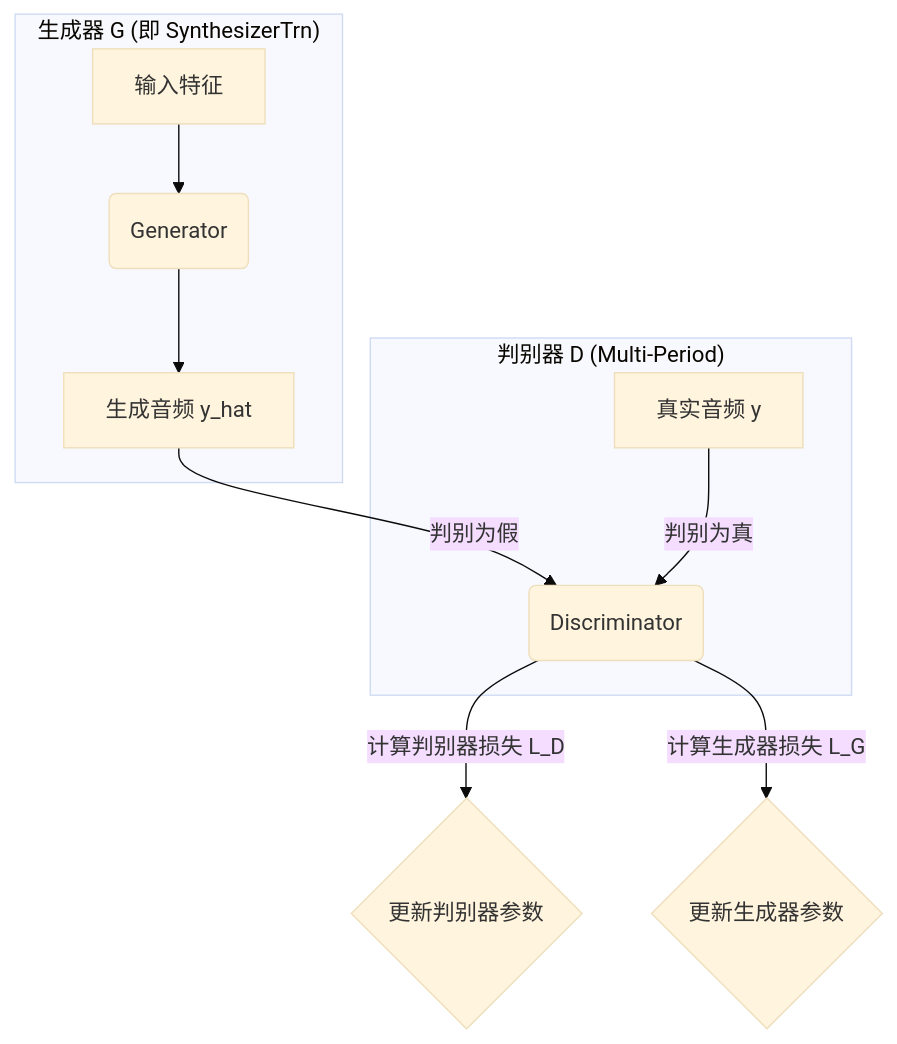
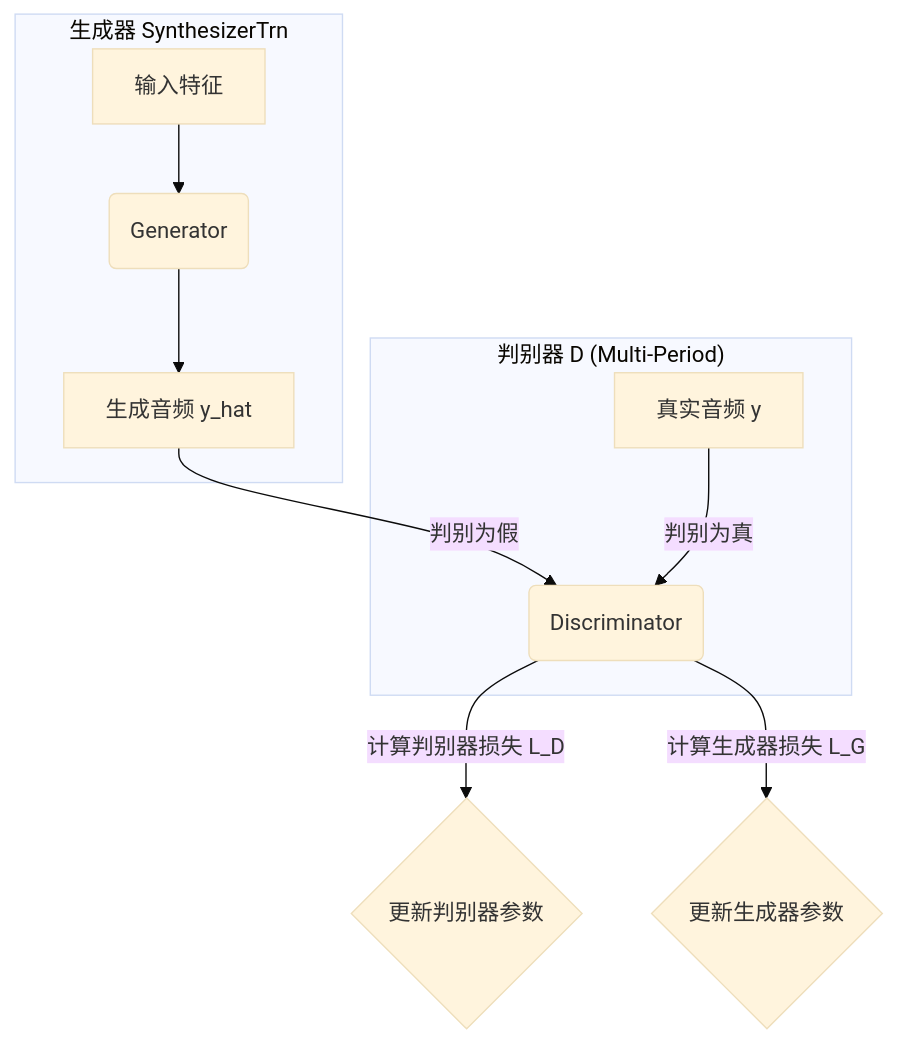
One commit to liqilun1008/sovitsvrc changed the fifth of 5 diagrams in So-VITS-SVC 4.1 流程图与模型详解.md. Above: the diagram before and after it, drawn with Mermaid (base theme).

Commit message:
Update So-VITS-SVC 4.1 流程图与模型详解.md

````diff
--- a/So-VITS-SVC 4.1 流程图与模型详解.md
+++ b/So-VITS-SVC 4.1 流程图与模型详解.md
@@ -145,18 +145,18 @@
 ```mermaid
 graph TD
-    subgraph "生成器 G (即 SynthesizerTrn)"
+    subgraph "生成器 SynthesizerTrn"
         A[输入特征] --> B(Generator);
         B --> C[生成音频 y_hat];
     end
 
     subgraph "判别器 D (Multi-Period)"
         D[真实音频 y];
         E(Discriminator);
     end
 
     C -- "判别为假" --> E;
     D -- "判别为真" --> E;
 
     E -- "计算判别器损失 L_D" --> F{更新判别器参数};
     E -- "计算生成器损失 L_G" --> G{更新生成器参数};
 ```
````
